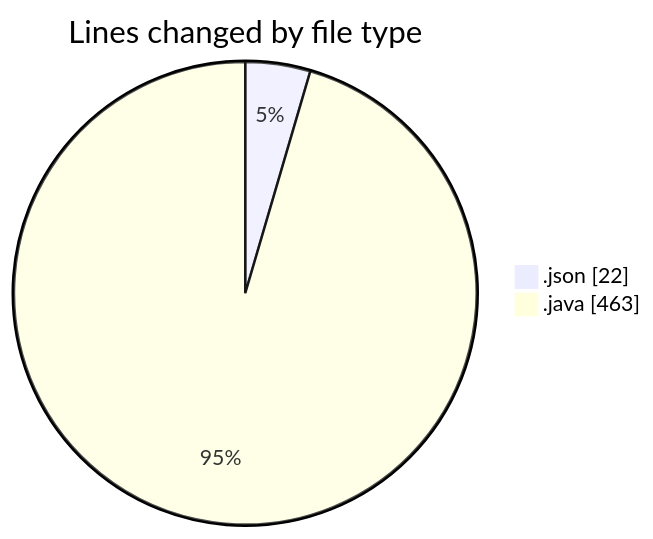
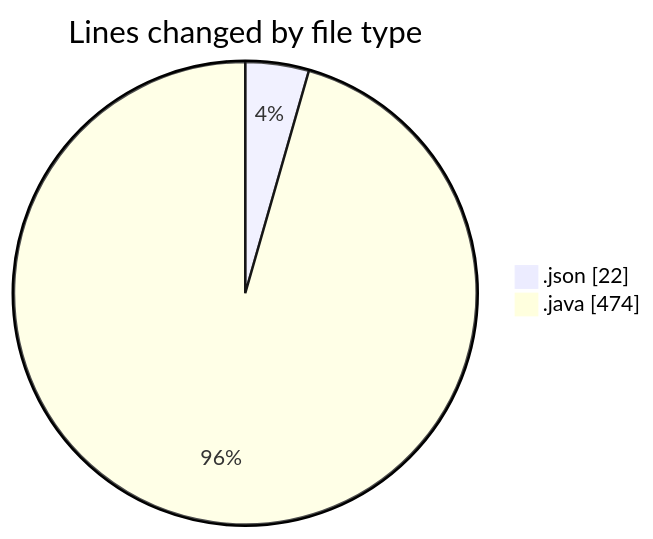
One commit to charlie-sans/code-tracking changed the first of 2 diagrams in 2025-02-23/codepack/README.md. Above: the diagram before and after it, drawn with Mermaid. The commit also changed other lines of this file and 1 other file, not shown here.

````diff
--- a/2025-02-23/codepack/README.md
+++ b/2025-02-23/codepack/README.md
@@ -21,6 +21,6 @@
 ```mermaid
 pie showData
 title Lines changed by file type
 ".json" : 22
-".java" : 463
+".java" : 474
 ```
````
